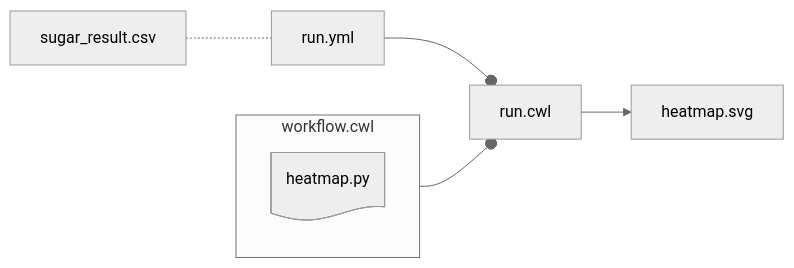
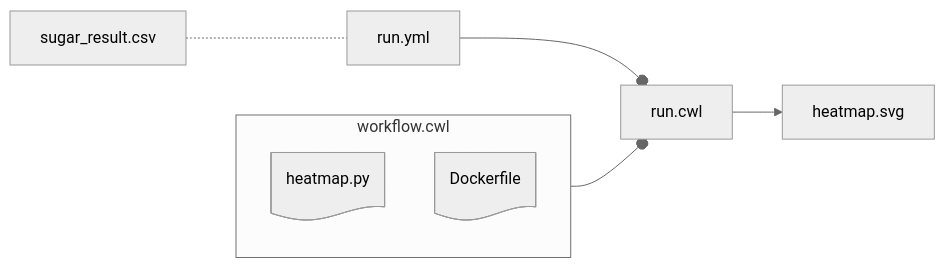
One commit to nfdi4plants/nfdi4plants.knowledgebase changed the diagram in src/content/docs/cwl/step-by-step.mdx. Above: the diagram before and after it, drawn with Mermaid (neutral theme). The commit also changed other lines of this file and 3 other files, not shown here.

````diff
--- a/src/content/docs/cwl/step-by-step.mdx
+++ b/src/content/docs/cwl/step-by-step.mdx
@@ -151,13 +166,14 @@
 ```mermaid
 flowchart LR
 
 subgraph "workflow.cwl"
-  py@{ shape: doc, label: "heatmap.py" }
+  py@{ shape: doc, label: "heatmap.py"}
+  dk@{ shape: doc, label: "Dockerfile" }
 end
 
 run.yml --o run.cwl
 workflow.cwl --o run.cwl
 run.cwl --> heatmap.svg
 
 sugar_result.csv -.- run.yml
 ```
````
